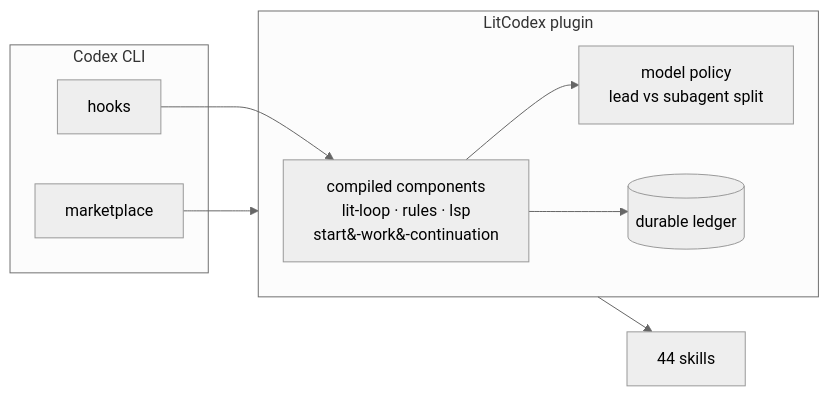
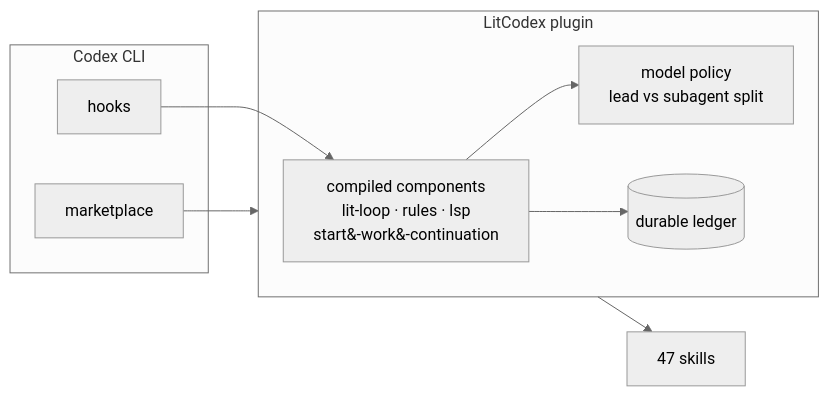
The second of 3 diagrams in docs/usage-Ko-KR.md (wjgoarxiv/litcodex), drawn with Mermaid (neutral theme) before and after one commit. The commit also changed other lines of this file and 429 other files, not shown here.

````diff
--- a/docs/usage-Ko-KR.md
+++ b/docs/usage-Ko-KR.md
@@ -42,15 +42,15 @@
 ```mermaid
 flowchart LR
     subgraph CX["Codex CLI"]
         HK["hooks"]; MP["marketplace"]
     end
     subgraph LX["LitCodex plugin"]
         COMP["compiled components<br/>lit-loop · rules · lsp<br/>start&#45;work&#45;continuation"]
         MODEL["model policy<br/>lead vs subagent split"]
         LEDGER[("durable ledger")]
     end
     HK --> COMP --> LEDGER
     MP --> LX
     COMP --> MODEL
-    LX --> S["44 skills"]
+    LX --> S["47 skills"]
 ```
````
